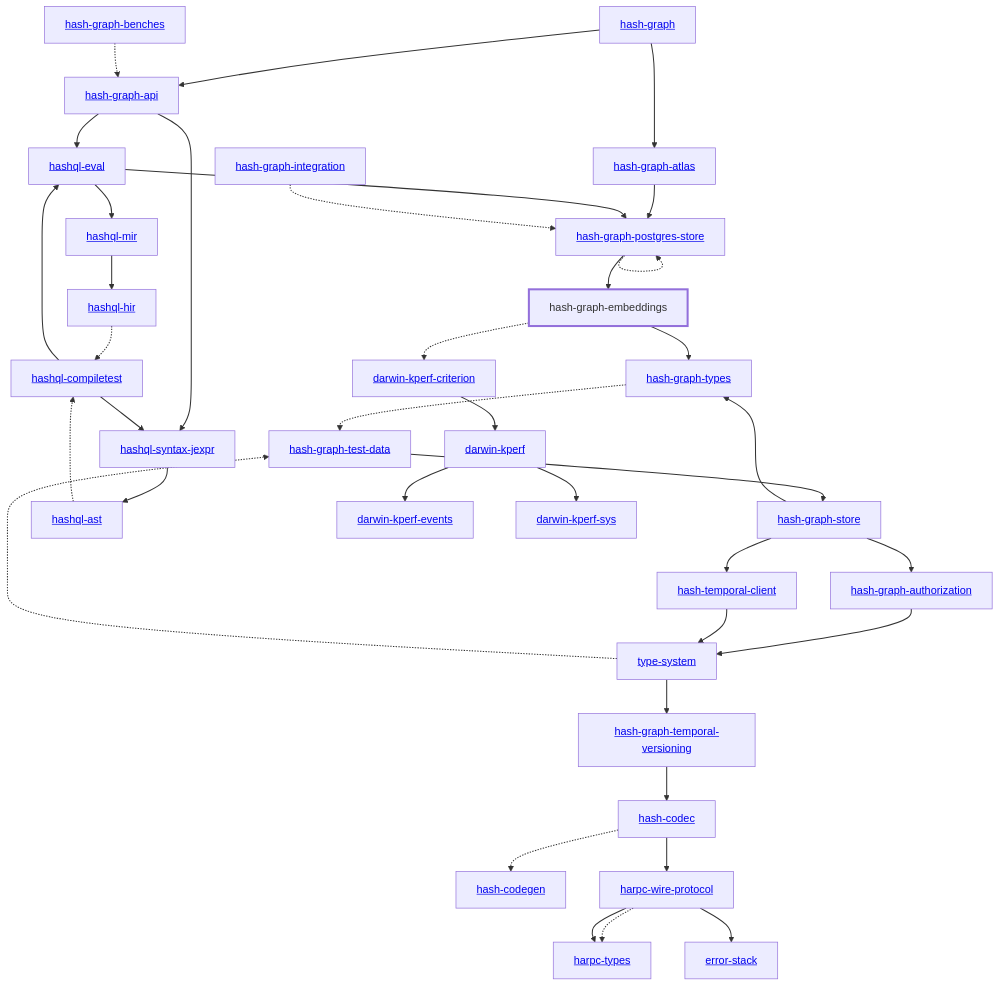
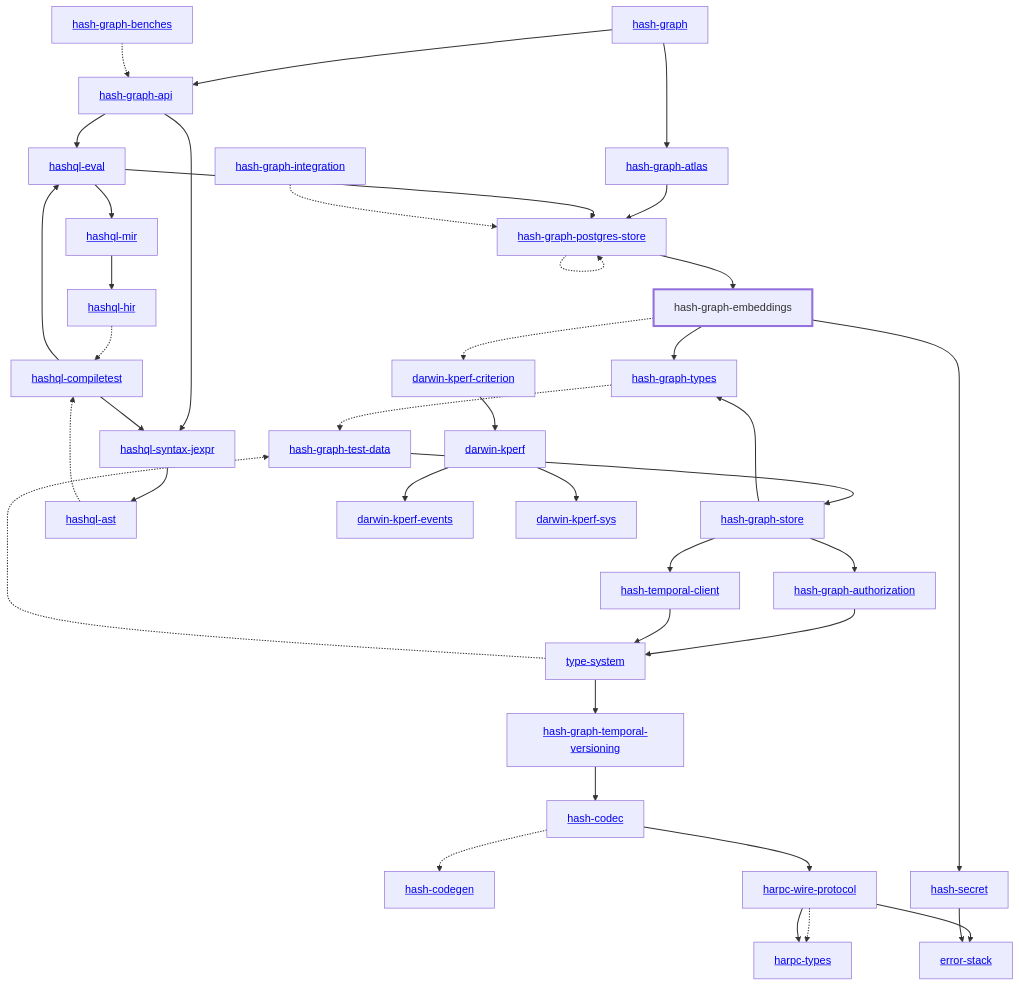
Before and after one commit to hashintel/hash: the diagram in libs/@local/graph/embeddings/docs/dependency-diagram.mmd, drawn with Mermaid. The commit also changed 34 other files, not shown here.

```diff
--- a/libs/@local/graph/embeddings/docs/dependency-diagram.mmd
+++ b/libs/@local/graph/embeddings/docs/dependency-diagram.mmd
@@ -1,77 +1,80 @@
 graph TD
     linkStyle default stroke-width:1.5px
     classDef default stroke-width:1px
     classDef root stroke-width:3px
     classDef dev stroke-width:1px
     classDef build stroke-width:1px
     %% Legend
     %% --> : Normal dependency
     %% -.-> : Dev dependency
     %% ---> : Build dependency
     0[<a href="../hash_graph/index.html">hash-graph</a>]
     1[<a href="../type_system/index.html">type-system</a>]
     2[<a href="../hash_codec/index.html">hash-codec</a>]
     3[<a href="../hash_codegen/index.html">hash-codegen</a>]
     4[<a href="../hash_graph_api/index.html">hash-graph-api</a>]
     5[<a href="../hash_graph_atlas/index.html">hash-graph-atlas</a>]
     6[<a href="../hash_graph_authorization/index.html">hash-graph-authorization</a>]
     7[hash-graph-embeddings]
     class 7 root
     8[<a href="../hash_graph_postgres_store/index.html">hash-graph-postgres-store</a>]
     9[<a href="../hash_graph_store/index.html">hash-graph-store</a>]
     10[<a href="../hash_graph_temporal_versioning/index.html">hash-graph-temporal-versioning</a>]
     11[<a href="../hash_graph_types/index.html">hash-graph-types</a>]
     12[<a href="../harpc_types/index.html">harpc-types</a>]
     13[<a href="../harpc_wire_protocol/index.html">harpc-wire-protocol</a>]
     14[<a href="../hashql_ast/index.html">hashql-ast</a>]
     15[<a href="../hashql_compiletest/index.html">hashql-compiletest</a>]
     16[<a href="../hashql_eval/index.html">hashql-eval</a>]
     17[<a href="../hashql_hir/index.html">hashql-hir</a>]
     18[<a href="../hashql_mir/index.html">hashql-mir</a>]
     19[<a href="../hashql_syntax_jexpr/index.html">hashql-syntax-jexpr</a>]
-    20[<a href="../hash_temporal_client/index.html">hash-temporal-client</a>]
-    21[<a href="../darwin_kperf/index.html">darwin-kperf</a>]
-    22[<a href="../darwin_kperf_criterion/index.html">darwin-kperf-criterion</a>]
-    23[<a href="../darwin_kperf_events/index.html">darwin-kperf-events</a>]
-    24[<a href="../darwin_kperf_sys/index.html">darwin-kperf-sys</a>]
-    25[<a href="../error_stack/index.html">error-stack</a>]
-    26[<a href="../hash_graph_benches/index.html">hash-graph-benches</a>]
-    27[<a href="../hash_graph_integration/index.html">hash-graph-integration</a>]
-    28[<a href="../hash_graph_test_data/index.html">hash-graph-test-data</a>]
+    20[<a href="../hash_secret/index.html">hash-secret</a>]
+    21[<a href="../hash_temporal_client/index.html">hash-temporal-client</a>]
+    22[<a href="../darwin_kperf/index.html">darwin-kperf</a>]
+    23[<a href="../darwin_kperf_criterion/index.html">darwin-kperf-criterion</a>]
+    24[<a href="../darwin_kperf_events/index.html">darwin-kperf-events</a>]
+    25[<a href="../darwin_kperf_sys/index.html">darwin-kperf-sys</a>]
+    26[<a href="../error_stack/index.html">error-stack</a>]
+    27[<a href="../hash_graph_benches/index.html">hash-graph-benches</a>]
+    28[<a href="../hash_graph_integration/index.html">hash-graph-integration</a>]
+    29[<a href="../hash_graph_test_data/index.html">hash-graph-test-data</a>]
     0 --> 4
     0 --> 5
     1 --> 10
-    1 -.-> 28
+    1 -.-> 29
     2 -.-> 3
     2 --> 13
     4 --> 16
     4 --> 19
     5 --> 8
     6 --> 1
     7 --> 11
-    7 -.-> 22
+    7 --> 20
+    7 -.-> 23
     8 --> 7
     8 -.-> 8
     9 --> 6
     9 --> 11
-    9 --> 20
+    9 --> 21
     10 --> 2
-    11 -.-> 28
+    11 -.-> 29
     13 -.-> 12
     13 --> 12
-    13 --> 25
+    13 --> 26
     14 -.-> 15
     15 --> 16
     15 --> 19
     16 --> 8
     16 --> 18
     17 -.-> 15
     18 --> 17
     19 --> 14
-    20 --> 1
-    21 --> 23
-    21 --> 24
-    22 --> 21
-    26 -.-> 4
-    27 -.-> 8
-    28 --> 9
+    20 --> 26
+    21 --> 1
+    22 --> 24
+    22 --> 25
+    23 --> 22
+    27 -.-> 4
+    28 -.-> 8
+    29 --> 9
```
